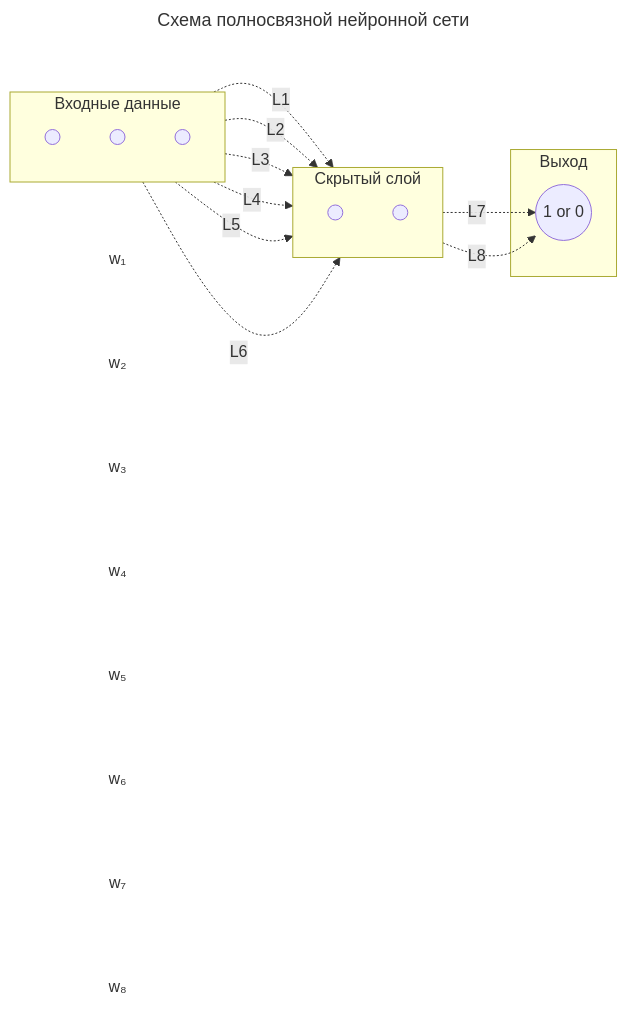
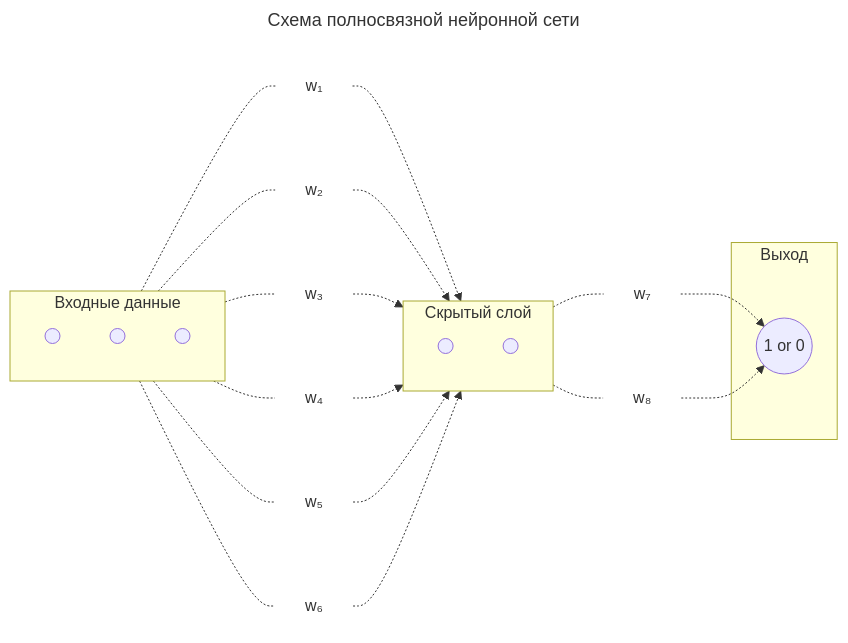
The diagram in readme.md (denisbolshakoff/Automation_of_prereview_of_scientific_manuscripts), drawn with Mermaid before and after one commit.

Commit message:
исправлен readme.md файл

````diff
--- a/readme.md
+++ b/readme.md
@@ -29,50 +29,50 @@
 ```mermaid
 ---
 title: Схема полносвязной нейронной сети
 ---
 
 graph LR
 
 classDef nofill fill:none, stroke:none;
 
 
     subgraph Clients[Входные данные]
         direction TB
 	 A1((" ")) 
 	 A2((" "))
 	 A3((" "))
  	end
 
 	subgraph Hidden[Скрытый слой]
 	direction TB
 	 B1((" "))
 	 B2((" "))
 	end
 
 	subgraph exit[Выход]
 	 C1(("1 or 0"))
 	end
 
 
 	L1["w₁"]:::nofill
 	L2["w₂"]:::nofill
 	L3["w₃"]:::nofill
 	L4["w₄"]:::nofill
 	L5["w₅"]:::nofill
 	L6["w₆"]:::nofill
 	L7["w₇"]:::nofill
 	L8["w₈"]:::nofill
 	
-	 A1((" ")) -.L1.-> B1((" "))
-	 A2((" ")) -.L2.-> B1
-	 A3((" ")) -.L3.-> B1
+	 A1 -.-L1-.-> B1
+	 A2 -.-L2-.-> B1
+	 A3 -.-L3-.-> B1
 
-	 A1-.L4.->B2((" "))
-	 A2-.L5.->B2
-	 A3-.L6.->B2
+	 A1-.-L4-.->B2
+	 A2-.-L5-.->B2
+	 A3-.-L6-.->B2
 
 
-	 B1-.L7.->C1(("1 or 0"))
-	 B2-.L8.->C1
+	 B1-.-L7-.->C1(("1 or 0"))
+	 B2-.-L8-.->C1
 
 ```
````
